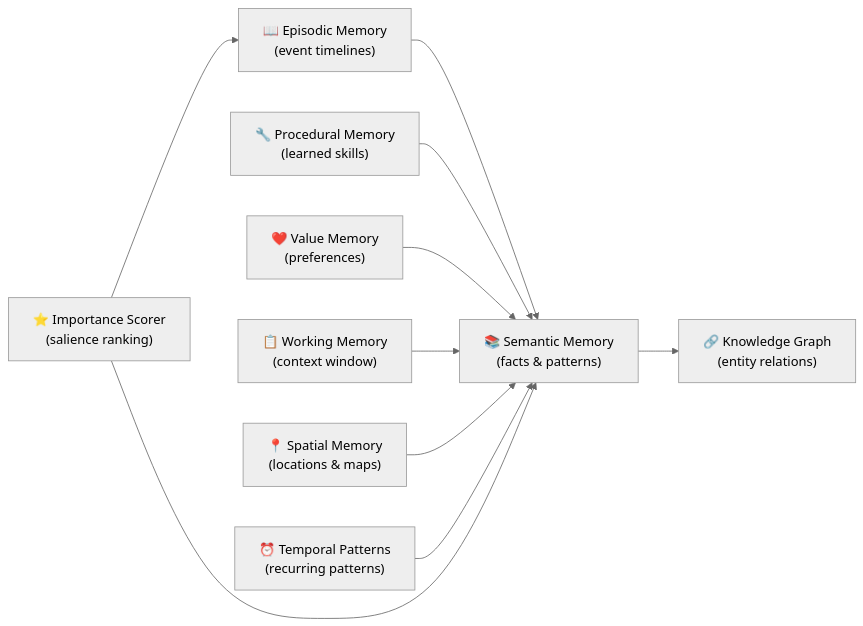
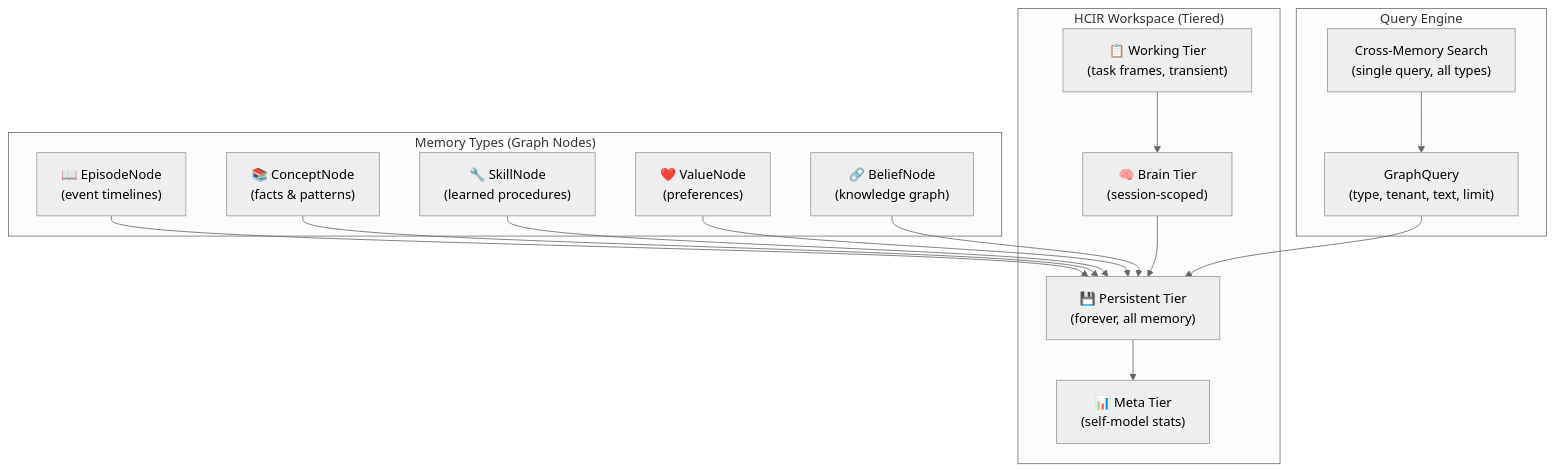
The diagram in docs/architecture/memory-systems.md (HBLLM/hbllm-core), drawn with Mermaid (neutral theme) before and after one commit. The commit also changed other lines of this file and 4 other files, not shown here.

First line of the commit message:
docs(architecture): update core documentation for HCIR Cognitive OS & Phase 5 memory migration

````diff
--- a/docs/architecture/memory-systems.md
+++ b/docs/architecture/memory-systems.md
@@ -12,22 +14,32 @@
 ```mermaid
-graph LR
-    EM["📖 Episodic Memory<br/>(event timelines)"]
-    SM["📚 Semantic Memory<br/>(facts & patterns)"]
-    PM["🔧 Procedural Memory<br/>(learned skills)"]
-    VM["❤️ Value Memory<br/>(preferences)"]
-    KG["🔗 Knowledge Graph<br/>(entity relations)"]
-    WM["📋 Working Memory<br/>(context window)"]
-    SPM["📍 Spatial Memory<br/>(locations & maps)"]
-    TPM["⏰ Temporal Patterns<br/>(recurring patterns)"]
-    IS["⭐ Importance Scorer<br/>(salience ranking)"]
-    
-    EM --> SM
-    SM --> KG
-    PM --> SM
-    VM --> SM
-    WM --> SM
-    SPM --> SM
-    TPM --> SM
-    IS --> EM
-    IS --> SM
+graph TB
+    subgraph "Memory Types (Graph Nodes)"
+        EP["📖 EpisodeNode<br/>(event timelines)"]
+        CN["📚 ConceptNode<br/>(facts & patterns)"]
+        SK["🔧 SkillNode<br/>(learned procedures)"]
+        VN["❤️ ValueNode<br/>(preferences)"]
+        BN["🔗 BeliefNode<br/>(knowledge graph)"]
+    end
+
+    subgraph "HCIR Workspace (Tiered)"
+        WORKING["📋 Working Tier<br/>(task frames, transient)"]
+        BRAIN["🧠 Brain Tier<br/>(session-scoped)"]
+        PERSISTENT["💾 Persistent Tier<br/>(forever, all memory)"]
+        META["📊 Meta Tier<br/>(self-model stats)"]
+    end
+
+    subgraph "Query Engine"
+        GQ["GraphQuery<br/>(type, tenant, text, limit)"]
+        XS["Cross-Memory Search<br/>(single query, all types)"]
+    end
+
+    EP --> PERSISTENT
+    CN --> PERSISTENT
+    SK --> PERSISTENT
+    VN --> PERSISTENT
+    BN --> PERSISTENT
+    WORKING --> BRAIN --> PERSISTENT
+    PERSISTENT --> META
+    GQ --> PERSISTENT
+    XS --> GQ
 ```
````
